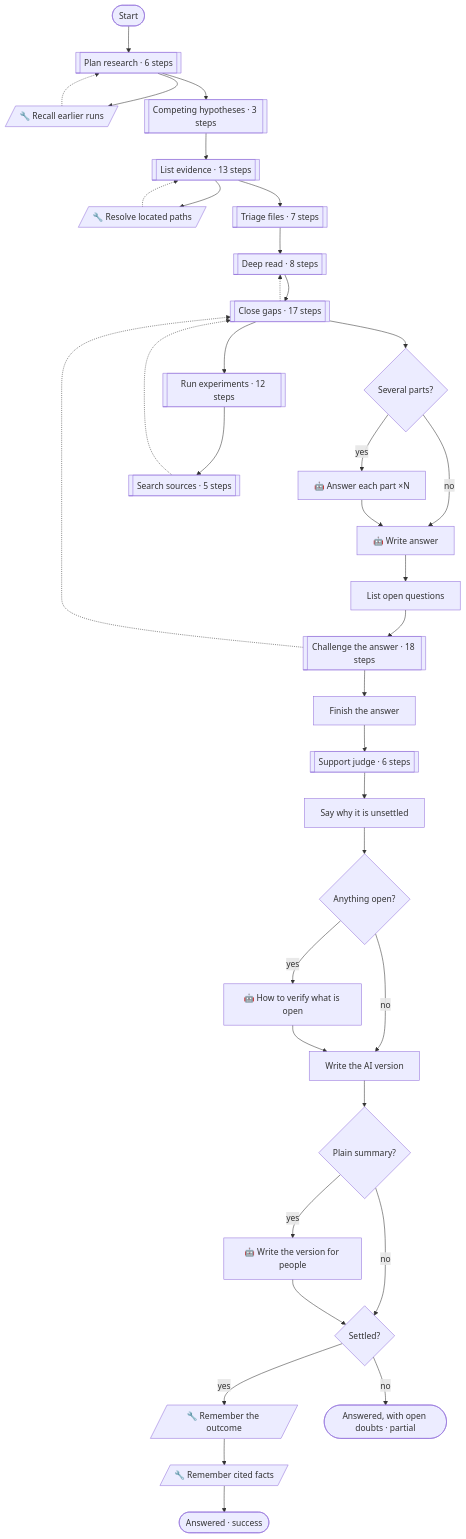
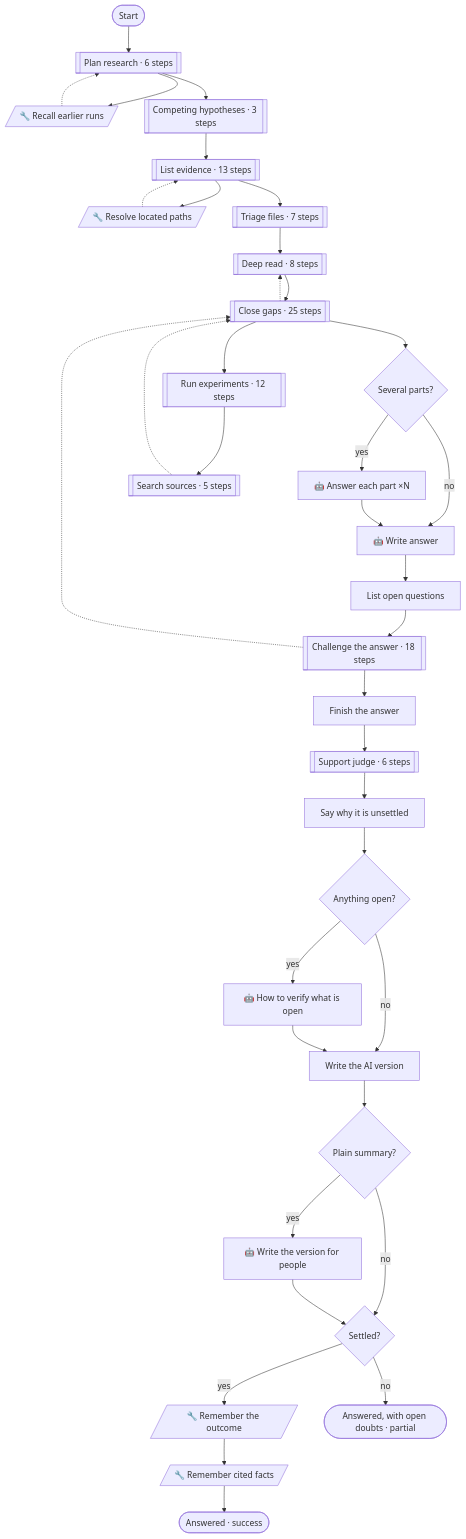
Before and after one commit to pirty6/symphony-core: the first of 7 diagrams in docs/patterns.md, drawn with Mermaid. The commit also changed other lines of this file and 7 other files, not shown here.

````diff
--- a/docs/patterns.md
+++ b/docs/patterns.md
@@ -142,68 +146,68 @@
 ```mermaid
 flowchart TD
   n_start(["Start"])
   n_recall[/"🔧 Recall earlier runs"/]
   n_resolveScope[/"🔧 Resolve located paths"/]
   n_multiPart{"Several parts?"}
   n_answerParts["🤖 Answer each part ×N"]
   n_answer["🤖 Write answer"]
   n_listOpen["List open questions"]
   n_attachParts["Finish the answer"]
   n_settled{"Settled?"}
   n_noteDoubts["Say why it is unsettled"]
   n_anyOpen{"Anything open?"}
   n_planVerification["🤖 How to verify what is open"]
   n_handoffDoc["Write the AI version"]
   n_wantPlain{"Plain summary?"}
   n_explain["🤖 Write the version for people"]
   n_learnAnswer[/"🔧 Remember the outcome"/]
   n_rememberCited[/"🔧 Remember cited facts"/]
   n_done(["Answered · success"])
   n_doubts(["Answered, with open doubts · partial"])
   n_planPhase[["Plan research · 6 steps"]]
   n_hypothesesPhase[["Competing hypotheses · 3 steps"]]
   n_listPhase[["List evidence · 13 steps"]]
   n_triagePhase[["Triage files · 7 steps"]]
   n_deepPhase[["Deep read · 8 steps"]]
   n_experimentPhase[["Run experiments · 12 steps"]]
   n_sourcePhase[["Search sources · 5 steps"]]
-  n_gapPhase[["Close gaps · 17 steps"]]
+  n_gapPhase[["Close gaps · 25 steps"]]
   n_challengePhase[["Challenge the answer · 18 steps"]]
   n_judgePhase[["Support judge · 6 steps"]]
   n_start --> n_planPhase
   n_planPhase --> n_recall
   n_recall -.-> n_planPhase
   n_planPhase --> n_hypothesesPhase
   n_hypothesesPhase --> n_listPhase
   n_listPhase --> n_resolveScope
   n_resolveScope -.-> n_listPhase
   n_listPhase --> n_triagePhase
   n_triagePhase --> n_deepPhase
   n_deepPhase --> n_gapPhase
   n_gapPhase --> n_experimentPhase
   n_experimentPhase --> n_sourcePhase
   n_sourcePhase -.-> n_gapPhase
   n_gapPhase -.-> n_deepPhase
   n_gapPhase --> n_multiPart
   n_multiPart -->|"yes"| n_answerParts
   n_multiPart -->|"no"| n_answer
   n_answerParts --> n_answer
   n_answer --> n_listOpen
   n_listOpen --> n_challengePhase
   n_challengePhase --> n_attachParts
   n_challengePhase -.-> n_gapPhase
   n_attachParts --> n_judgePhase
   n_judgePhase --> n_noteDoubts
   n_noteDoubts --> n_anyOpen
   n_anyOpen -->|"yes"| n_planVerification
   n_anyOpen -->|"no"| n_handoffDoc
   n_planVerification --> n_handoffDoc
   n_handoffDoc --> n_wantPlain
   n_wantPlain -->|"yes"| n_explain
   n_wantPlain -->|"no"| n_settled
   n_explain --> n_settled
   n_settled -->|"yes"| n_learnAnswer
   n_settled -->|"no"| n_doubts
   n_learnAnswer --> n_rememberCited
   n_rememberCited --> n_done
 ```
````
